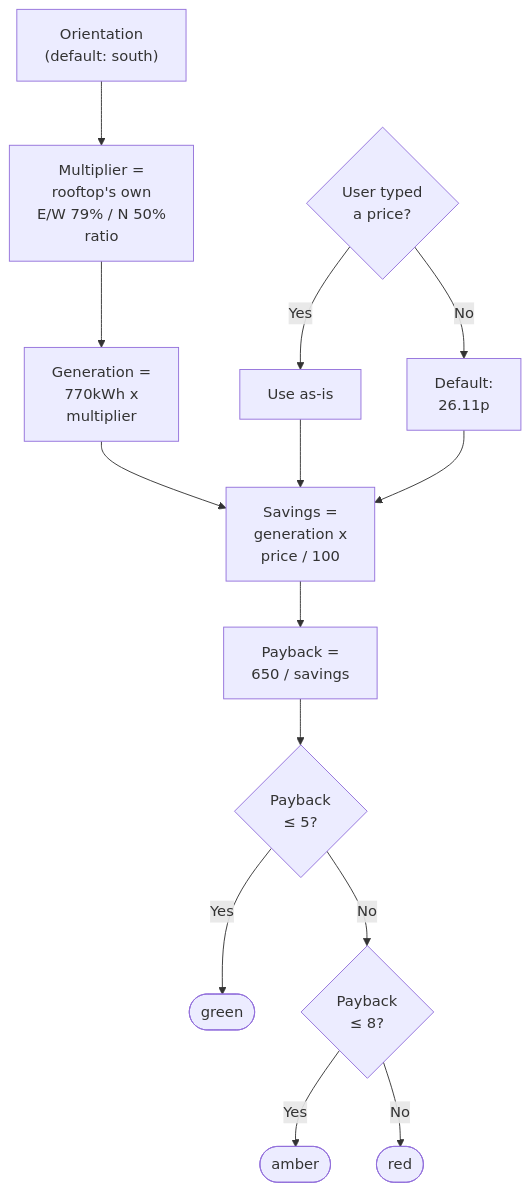
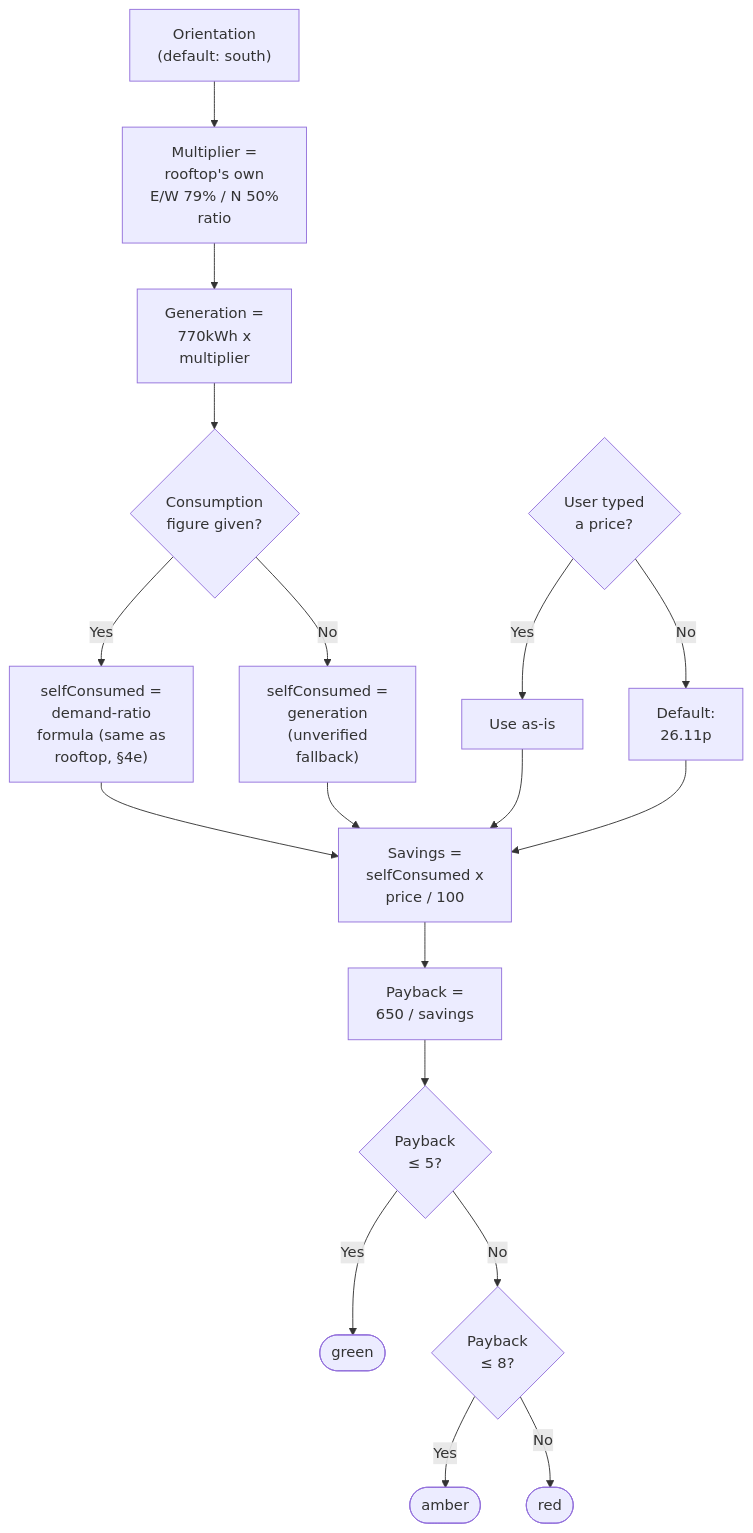
The second of 7 diagrams in projects/sunnysideup/docs/calculation-logic.md (spallavi-stack/shubha-pm-portfolio), drawn with Mermaid before and after one commit. The commit also changed other lines of this file and 7 other files, not shown here.

````diff
--- a/projects/sunnysideup/docs/calculation-logic.md
+++ b/projects/sunnysideup/docs/calculation-logic.md
@@ -73,16 +73,23 @@
 ```mermaid
 flowchart TD
   A["Orientation<br/>(default: south)"] --> B["Multiplier =<br/>rooftop's own<br/>E/W 79% / N 50%<br/>ratio"]
   B --> C["Generation =<br/>770kWh x<br/>multiplier"]
   D{"User typed<br/>a price?"} -->|Yes| E["Use as-is"]
   D -->|No| F["Default:<br/>26.11p"]
-  C --> G["Savings =<br/>generation x<br/>price / 100"]
+  K{"Consumption<br/>figure given?"}
+  L["selfConsumed =<br/>demand-ratio<br/>formula (same as<br/>rooftop, §4e)"]
+  M["selfConsumed =<br/>generation<br/>(unverified<br/>fallback)"]
+  C --> K
+  K -->|Yes| L
+  K -->|No| M
+  L --> G["Savings =<br/>selfConsumed x<br/>price / 100"]
+  M --> G
   E --> G
   F --> G
   G --> H["Payback =<br/>650 / savings"]
   H --> I{"Payback<br/>≤ 5?"}
   I -->|Yes| Green(["green"])
   I -->|No| J{"Payback<br/>≤ 8?"}
   J -->|Yes| Amber(["amber"])
   J -->|No| Red(["red"])
 ```
````
